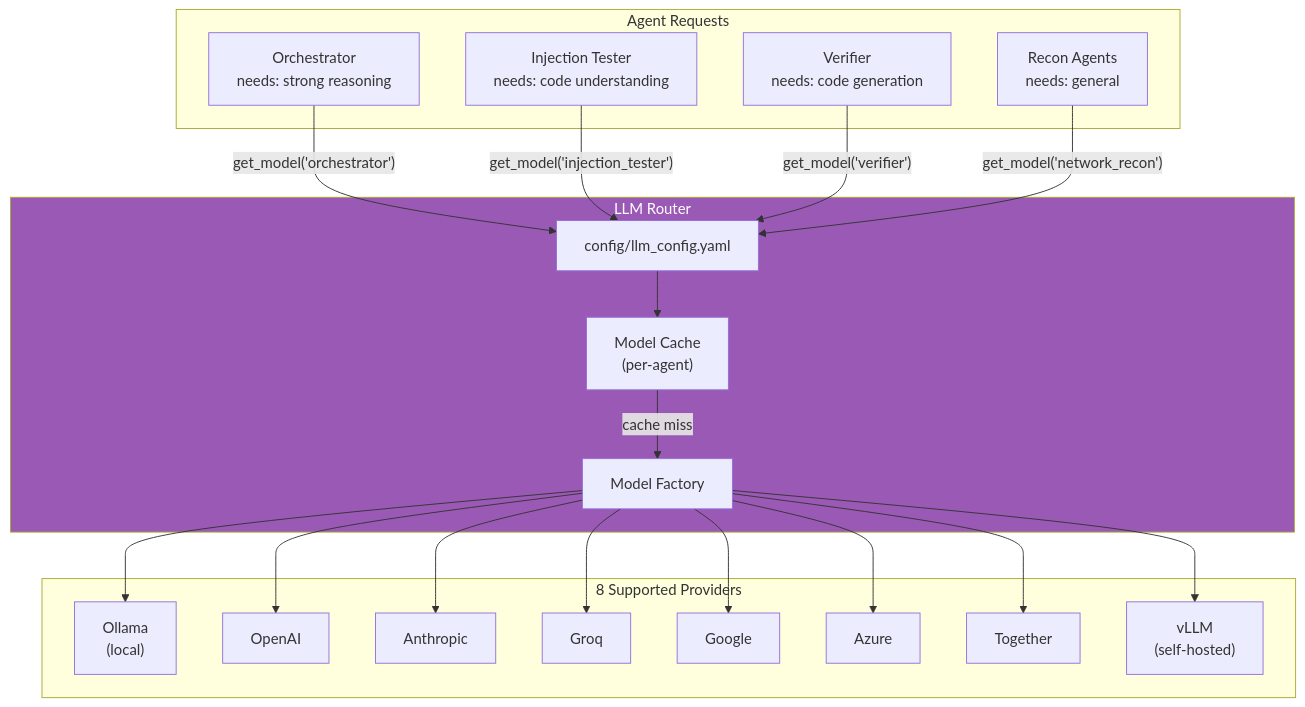
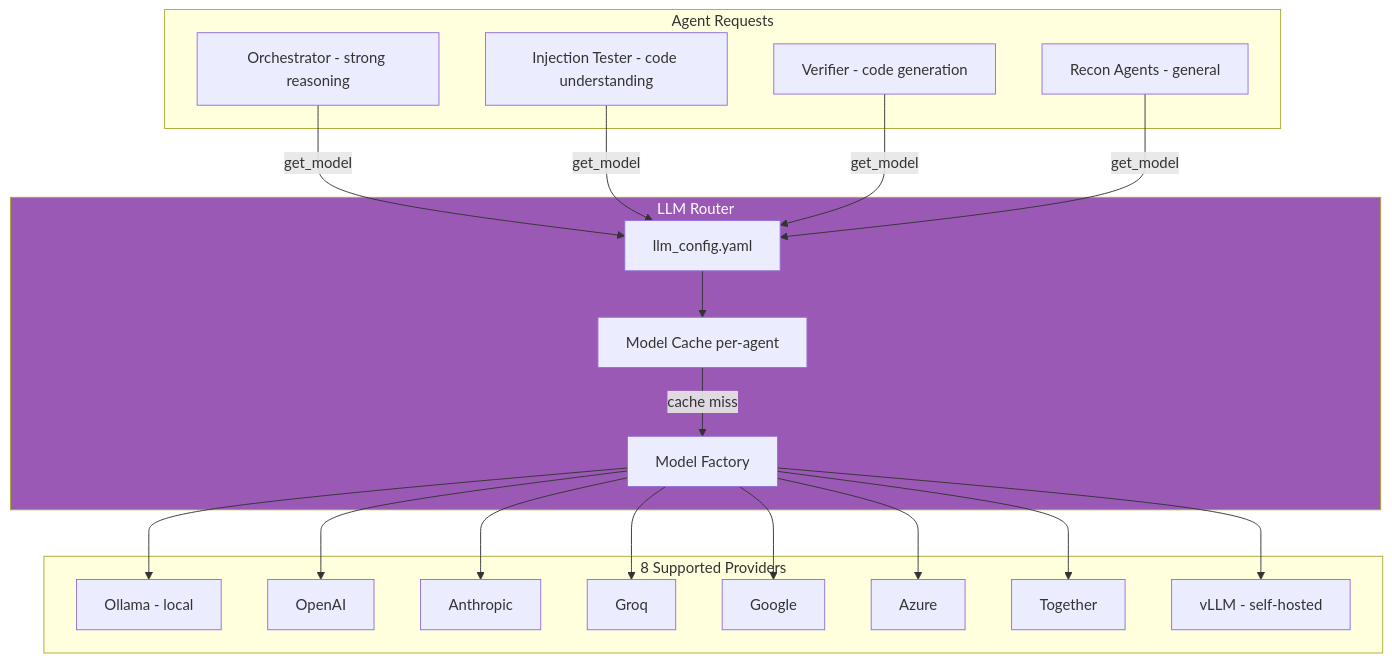
The eighth of 16 diagrams in docs/architecture.md (omkar-ukirde/RedStrike.AI), drawn with Mermaid before and after one commit. The commit also changed other lines of this file, not shown here.

Commit message:
refactor: simplify and clean up Mermaid diagrams in architecture documentation

````diff
--- a/docs/architecture.md
+++ b/docs/architecture.md
@@ -425,44 +425,44 @@
 ```mermaid
 graph TD
     subgraph Agents["Agent Requests"]
-        O["Orchestrator<br/>needs: strong reasoning"]
-        IT["Injection Tester<br/>needs: code understanding"]
-        V["Verifier<br/>needs: code generation"]
-        R["Recon Agents<br/>needs: general"]
+        O["Orchestrator - strong reasoning"]
+        IT["Injection Tester - code understanding"]
+        V["Verifier - code generation"]
+        R["Recon Agents - general"]
     end
 
     subgraph Router["LLM Router"]
-        Config["config/llm_config.yaml"]
-        Cache["Model Cache<br/>(per-agent)"]
+        Config["llm_config.yaml"]
+        Cache["Model Cache per-agent"]
         Factory["Model Factory"]
     end
 
     subgraph Providers["8 Supported Providers"]
-        Ollama["Ollama<br/>(local)"]
+        Ollama["Ollama - local"]
         OpenAI["OpenAI"]
         Anthropic["Anthropic"]
         Groq["Groq"]
         Google["Google"]
         Azure["Azure"]
         Together["Together"]
-        vLLM["vLLM<br/>(self-hosted)"]
+        VLLM["vLLM - self-hosted"]
     end
 
-    O -->|"get_model('orchestrator')"| Config
-    IT -->|"get_model('injection_tester')"| Config
-    V -->|"get_model('verifier')"| Config
-    R -->|"get_model('network_recon')"| Config
+    O -->|get_model| Config
+    IT -->|get_model| Config
+    V -->|get_model| Config
+    R -->|get_model| Config
 
     Config --> Cache
-    Cache -->|"cache miss"| Factory
+    Cache -->|cache miss| Factory
     Factory --> Ollama
     Factory --> OpenAI
     Factory --> Anthropic
     Factory --> Groq
     Factory --> Google
     Factory --> Azure
     Factory --> Together
-    Factory --> vLLM
+    Factory --> VLLM
 
     style Router fill:#9b59b6,color:#fff
 ```
````
